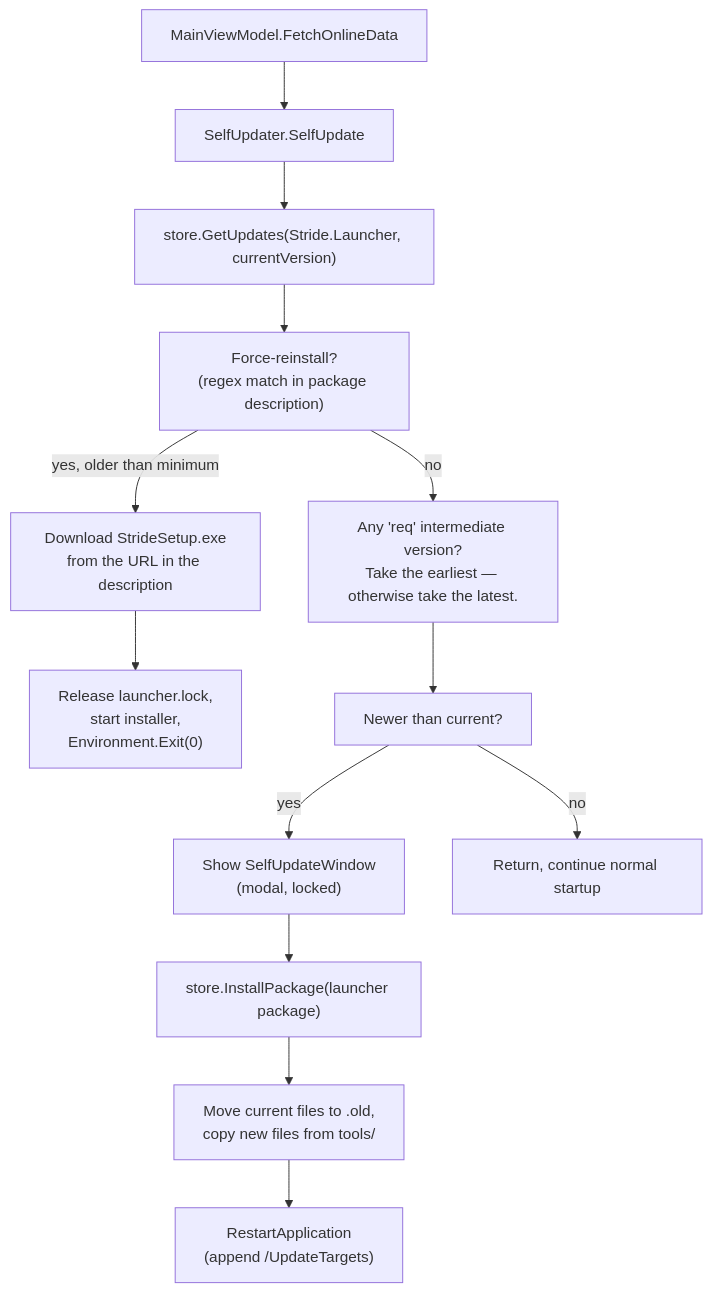
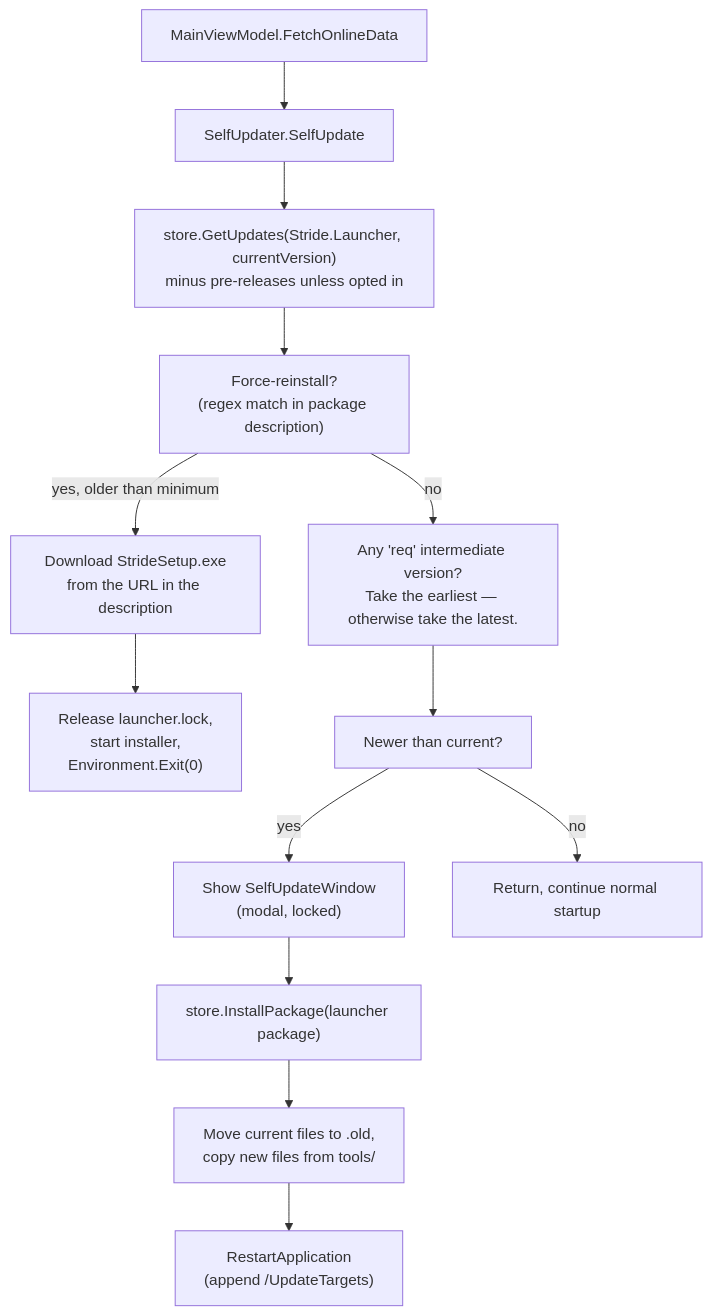
One commit to stride3d/stride changed the diagram in docs/launcher/self-update.md. Above: the diagram before and after it, drawn with Mermaid. The commit also changed other lines of this file and 24 other files, not shown here.

Commit message:
Launcher: opt-in pre-releases, StrideSetup version derived from the launcher version

````diff
--- a/docs/launcher/self-update.md
+++ b/docs/launcher/self-update.md
@@ -7,22 +7,22 @@
 ```mermaid
 flowchart TD
     Start["MainViewModel.FetchOnlineData"]
     Self["SelfUpdater.SelfUpdate"]
-    Updates["store.GetUpdates(Stride.Launcher, currentVersion)"]
+    Updates["store.GetUpdates(Stride.Launcher, currentVersion)<br/>minus pre-releases unless opted in"]
     Force["Force-reinstall?<br/>(regex match in package description)"]
     DL["Download StrideSetup.exe<br/>from the URL in the description"]
     RunInstaller["Release launcher.lock,<br/>start installer,<br/>Environment.Exit(0)"]
     Req["Any 'req' intermediate version?<br/>Take the earliest — otherwise take the latest."]
     Need["Newer than current?"]
     Show["Show SelfUpdateWindow<br/>(modal, locked)"]
     Install["store.InstallPackage(launcher package)"]
     Swap["Move current files to .old,<br/>copy new files from tools/"]
     Restart["RestartApplication<br/>(append /UpdateTargets)"]
     Skip["Return, continue normal startup"]
 
     Start --> Self --> Updates --> Force
     Force -- "yes, older than minimum" --> DL --> RunInstaller
     Force -- "no" --> Req --> Need
     Need -- "no" --> Skip
     Need -- "yes" --> Show --> Install --> Swap --> Restart
 ```
````
